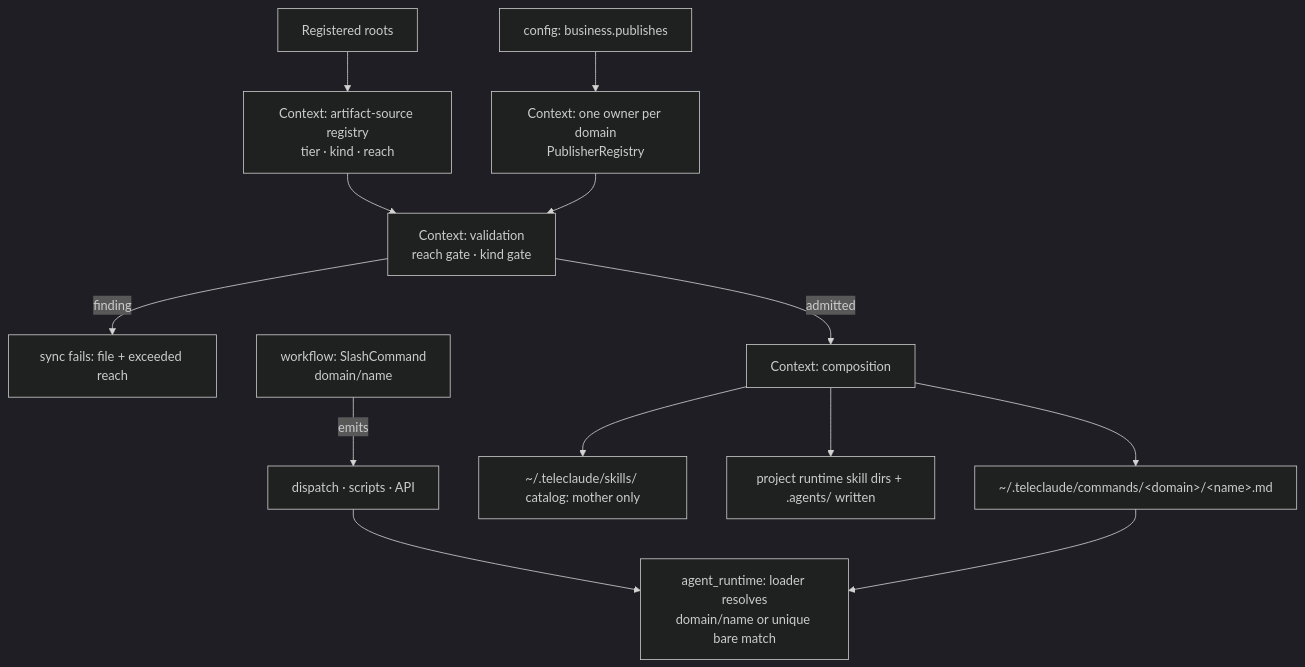
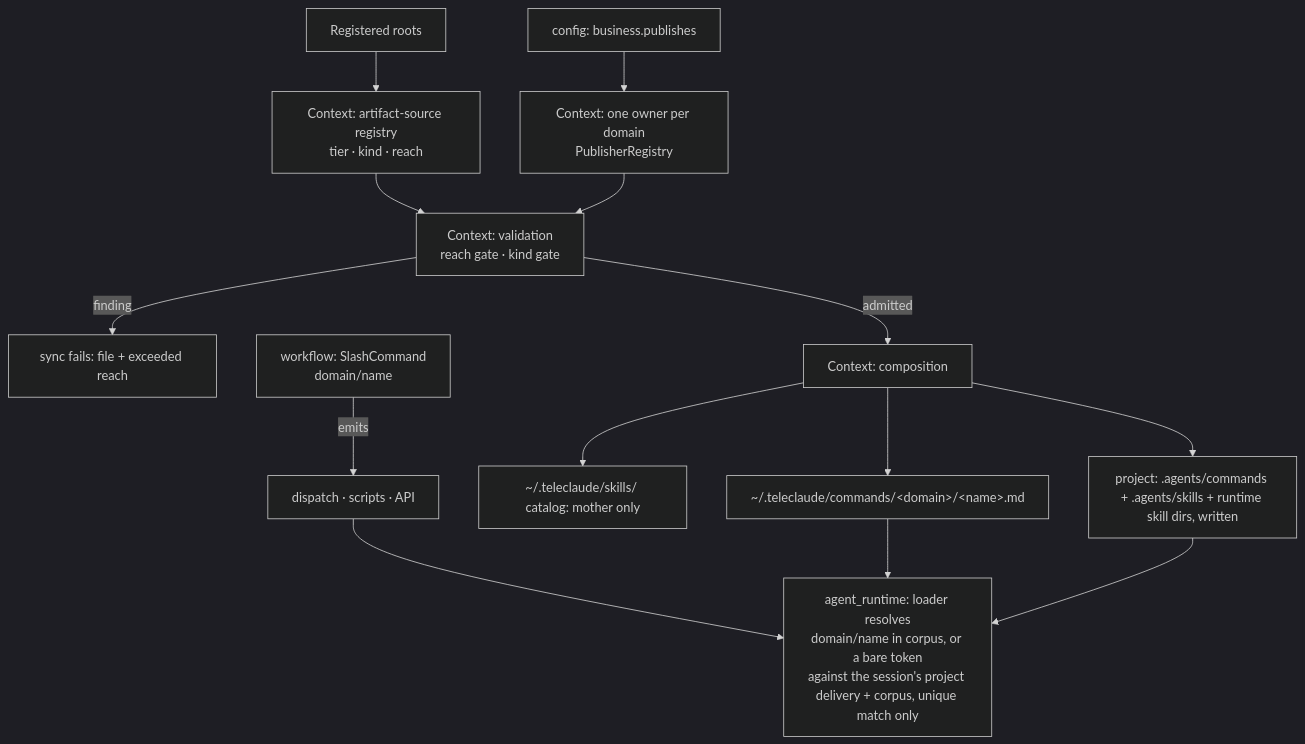
Before and after one commit to InstruktAI/TeleClaude: the first of 2 diagrams in docs/project/design/architecture/agent-artifact-distribution.md, drawn with Mermaid (dark theme). The commit also changed other lines of this file and 6 other files, not shown here.

First line of the commit message:
docs(agent-artifacts): bound project commands to their project and keep session metadata with agent runtime

````diff
--- a/docs/project/design/architecture/agent-artifact-distribution.md
+++ b/docs/project/design/architecture/agent-artifact-distribution.md
@@ -156,15 +165,16 @@
 ```mermaid
 flowchart TD
     R[Registered roots] --> REG[Context: artifact-source registry<br/>tier · kind · reach]
     CFG[config: business.publishes] --> OWN[Context: one owner per domain<br/>PublisherRegistry]
     REG --> V[Context: validation<br/>reach gate · kind gate]
     OWN --> V
     V -->|finding| FAIL[sync fails: file + exceeded reach]
     V -->|admitted| C[Context: composition]
     C --> CORPUS[~/.teleclaude/commands/&lt;domain&gt;/&lt;name&gt;.md]
     C --> CAT[~/.teleclaude/skills/ catalog: mother only]
-    C --> LOCAL[project runtime skill dirs + .agents/ written]
+    C --> LOCAL[project: .agents/commands + .agents/skills + runtime skill dirs, written]
     WF[workflow: SlashCommand<br/>domain/name] -->|emits| DISPATCH[dispatch · scripts · API]
-    DISPATCH --> AR[agent_runtime: loader resolves<br/>domain/name or unique bare match]
+    DISPATCH --> AR[agent_runtime: loader resolves<br/>domain/name in corpus, or a bare token<br/>against the session's project delivery + corpus, unique match only]
     CORPUS --> AR
+    LOCAL --> AR
 ```
````
